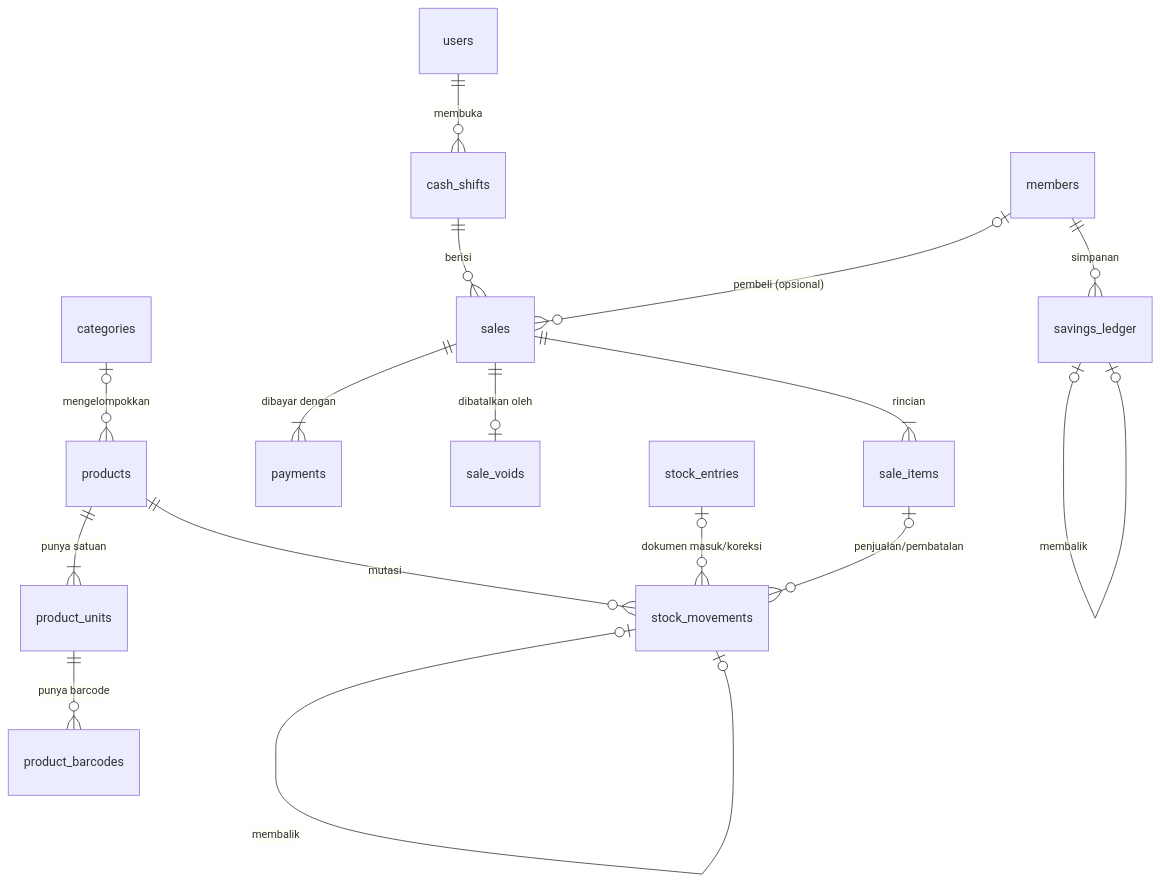
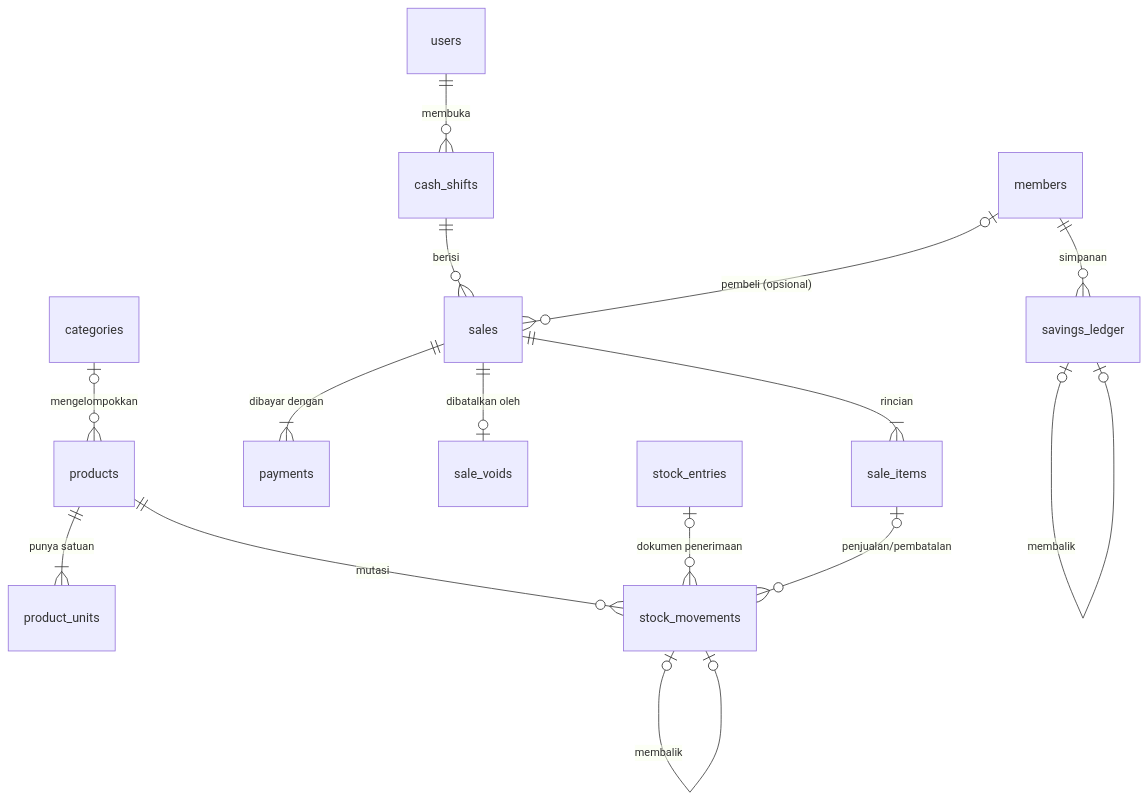
Before and after one commit to MainAjah/kasir-pixel: the diagram in docs/skema.md, drawn with Mermaid. The commit also changed other lines of this file and 52 other files, not shown here.

````diff
--- a/docs/skema.md
+++ b/docs/skema.md
@@ -46,18 +46,17 @@
 ```mermaid
 erDiagram
     users ||--o{ cash_shifts : "membuka"
     cash_shifts ||--o{ sales : "berisi"
     members |o--o{ sales : "pembeli (opsional)"
     sales ||--|{ sale_items : "rincian"
     sales ||--|{ payments : "dibayar dengan"
     sales ||--o| sale_voids : "dibatalkan oleh"
     categories |o--o{ products : "mengelompokkan"
     products ||--|{ product_units : "punya satuan"
-    product_units ||--o{ product_barcodes : "punya barcode"
     products ||--o{ stock_movements : "mutasi"
-    stock_entries |o--o{ stock_movements : "dokumen masuk/koreksi"
+    stock_entries |o--o{ stock_movements : "dokumen penerimaan"
     sale_items |o--o{ stock_movements : "penjualan/pembatalan"
     stock_movements |o--o| stock_movements : "membalik"
     members ||--o{ savings_ledger : "simpanan"
     savings_ledger |o--o| savings_ledger : "membalik"
 ```
````
